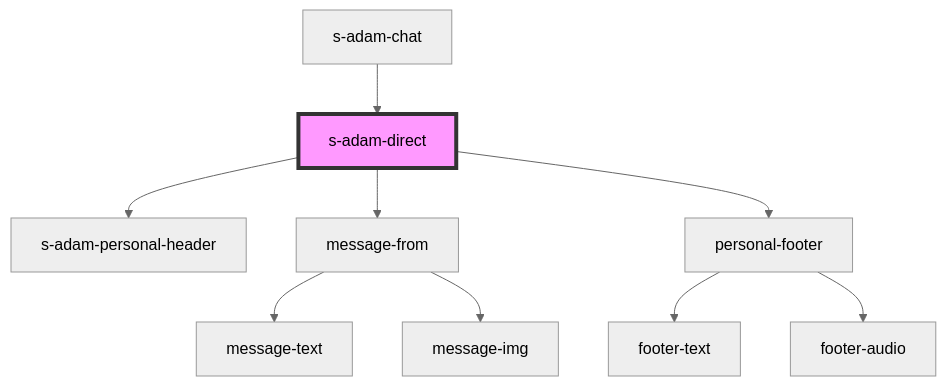
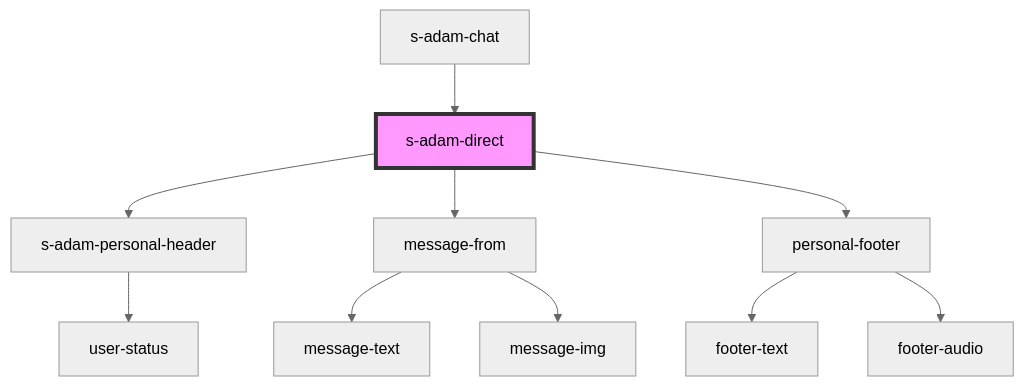
One commit to saqhan/stencil-chat changed the diagram in src/components/comp/s-adam-direct/readme.md. Above: the diagram before and after it, drawn with Mermaid (neutral theme). The commit also changed 26 other files, not shown here.

````diff
--- a/src/components/comp/s-adam-direct/readme.md
+++ b/src/components/comp/s-adam-direct/readme.md
@@ -36,12 +36,13 @@
 ```mermaid
 graph TD;
   s-adam-direct --> s-adam-personal-header
   s-adam-direct --> message-from
   s-adam-direct --> personal-footer
+  s-adam-personal-header --> user-status
   message-from --> message-text
   message-from --> message-img
   personal-footer --> footer-text
   personal-footer --> footer-audio
   s-adam-chat --> s-adam-direct
   style s-adam-direct fill:#f9f,stroke:#333,stroke-width:4px
 ```
````
